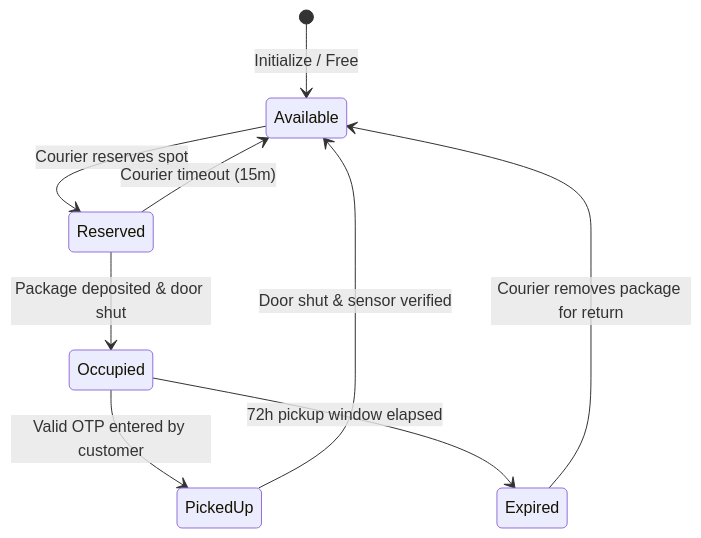
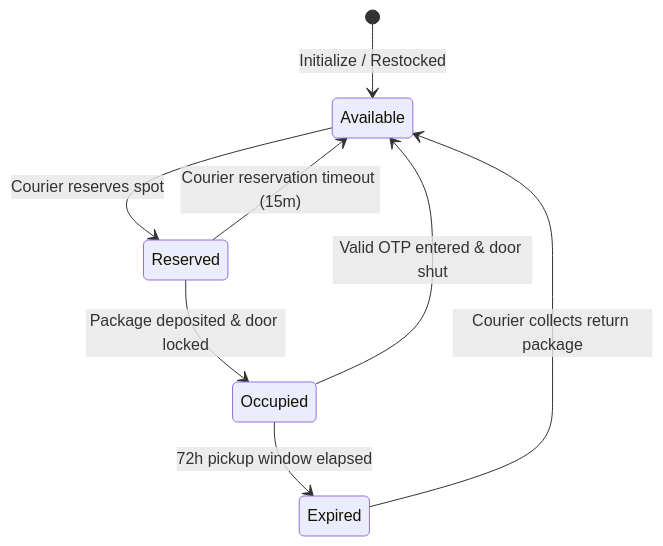
The first of 2 diagrams in LLD/02_Tier2_Classic_LLD/19_Amazon_Locker_System.md (dip4k/DSA_102), drawn with Mermaid before and after one commit. The commit also changed other lines of this file and 50 other files, not shown here.

````diff
--- a/LLD/02_Tier2_Classic_LLD/19_Amazon_Locker_System.md
+++ b/LLD/02_Tier2_Classic_LLD/19_Amazon_Locker_System.md
@@ -28,11 +48,10 @@
 ```mermaid
 stateDiagram-v2
-    [*] --> Available: Initialize / Free
+    [*] --> Available: Initialize / Restocked
     Available --> Reserved: Courier reserves spot
-    Reserved --> Occupied: Package deposited & door shut
-    Reserved --> Available: Courier timeout (15m)
-    Occupied --> PickedUp: Valid OTP entered by customer
+    Reserved --> Occupied: Package deposited & door locked
+    Reserved --> Available: Courier reservation timeout (15m)
+    Occupied --> Available: Valid OTP entered & door shut
     Occupied --> Expired: 72h pickup window elapsed
-    Expired --> Available: Courier removes package for return
-    PickedUp --> Available: Door shut & sensor verified
+    Expired --> Available: Courier collects return package
 ```
````
